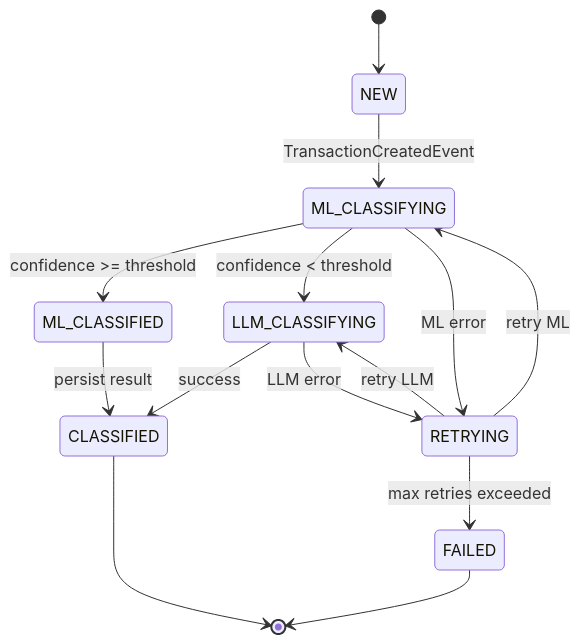
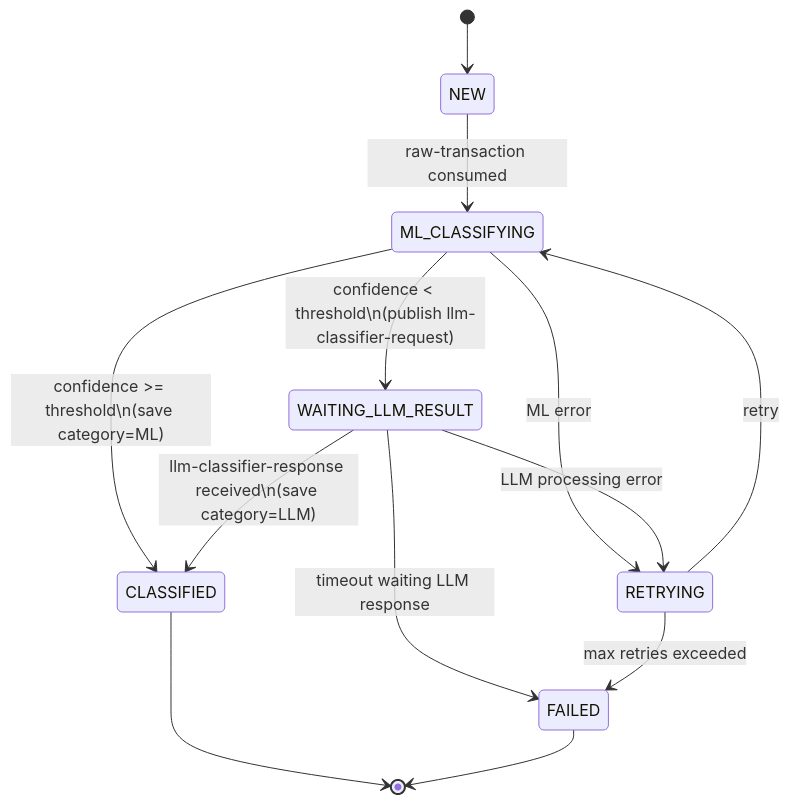
Before and after one commit to irunazushan/finSense: the sixth of 7 diagrams in docs/architecture_diagrams.md, drawn with Mermaid. The commit also changed 10 other files, not shown here.

````diff
--- a/docs/architecture_diagrams.md
+++ b/docs/architecture_diagrams.md
@@ -247,24 +247,20 @@
 ```mermaid
 stateDiagram-v2
-
     [*] --> NEW
 
-    NEW --> ML_CLASSIFYING : TransactionCreatedEvent
+    NEW --> ML_CLASSIFYING : raw-transaction consumed
 
-    ML_CLASSIFYING --> ML_CLASSIFIED : confidence >= threshold
-    ML_CLASSIFYING --> LLM_CLASSIFYING : confidence < threshold
+    ML_CLASSIFYING --> CLASSIFIED : confidence >= threshold\n(save category=ML)
+    ML_CLASSIFYING --> WAITING_LLM_RESULT : confidence < threshold\n(publish llm-classifier-request)
     ML_CLASSIFYING --> RETRYING : ML error
 
-    LLM_CLASSIFYING --> CLASSIFIED : success
-    LLM_CLASSIFYING --> RETRYING : LLM error
+    WAITING_LLM_RESULT --> CLASSIFIED : llm-classifier-response received\n(save category=LLM)
+    WAITING_LLM_RESULT --> RETRYING : LLM processing error
+    WAITING_LLM_RESULT --> FAILED : timeout waiting LLM response
 
-    RETRYING --> ML_CLASSIFYING : retry ML
-    RETRYING --> LLM_CLASSIFYING : retry LLM
+    RETRYING --> ML_CLASSIFYING : retry
     RETRYING --> FAILED : max retries exceeded
-
-    ML_CLASSIFIED --> CLASSIFIED : persist result
 
     CLASSIFIED --> [*]
     FAILED --> [*]
-
 ```
````
